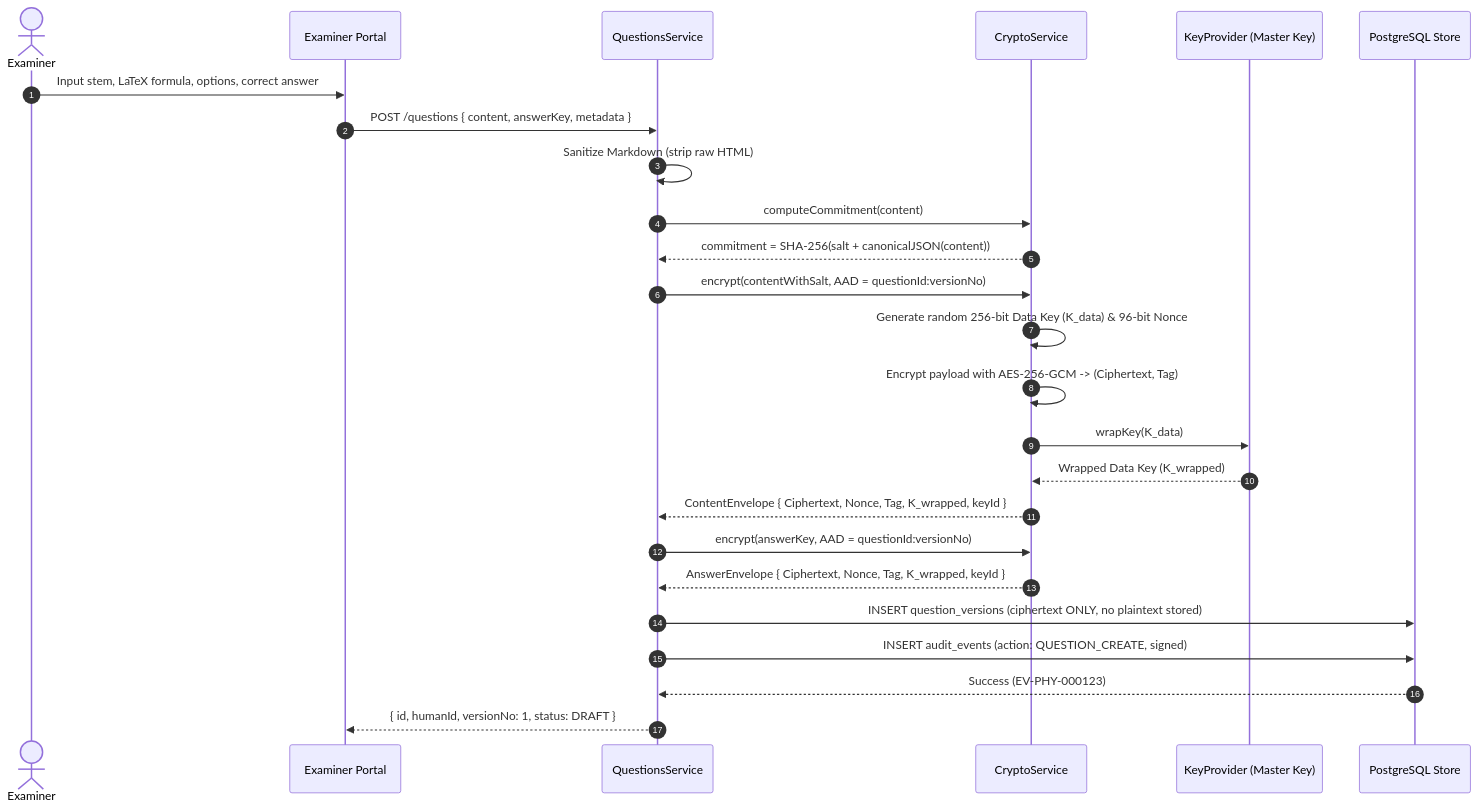
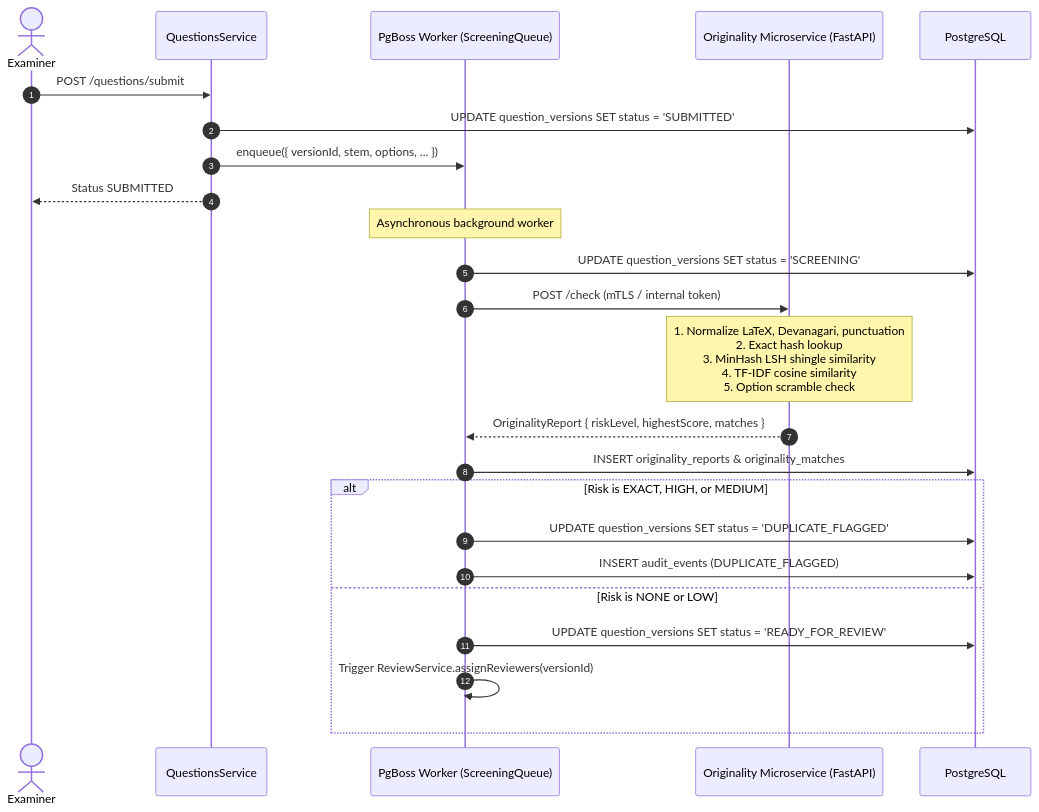
Before and after one commit to Kartiksharma88/ExamVault: the third of 4 diagrams in ARCHITECTURE.md, drawn with Mermaid. The commit also changed other lines of this file and 85 other files, not shown here.

Commit message:
feat: implement Step 2 review, originality check, and approval workflow

````diff
--- a/ARCHITECTURE.md
+++ b/ARCHITECTURE.md
@@ -57,28 +132,28 @@
 ```mermaid
 sequenceDiagram
     autonumber
     actor Examiner
-    participant Web as Examiner Portal
     participant API as QuestionsService
-    participant Crypto as CryptoService
-    participant KeyProv as KeyProvider (Master Key)
-    participant DB as PostgreSQL Store
+    participant Queue as PgBoss Worker (ScreeningQueue)
+    participant Orig as Originality Microservice (FastAPI)
+    participant DB as PostgreSQL
 
-    Examiner->>Web: Input stem, LaTeX formula, options, correct answer
-    Web->>API: POST /questions { content, answerKey, metadata }
-    API->>API: Sanitize Markdown (strip raw HTML)
-    API->>Crypto: computeCommitment(content)
-    Crypto-->>API: commitment = SHA-256(salt + canonicalJSON(content))
-    API->>Crypto: encrypt(contentWithSalt, AAD = questionId:versionNo)
-    Crypto->>Crypto: Generate random 256-bit Data Key (K_data) & 96-bit Nonce
-    Crypto->>Crypto: Encrypt payload with AES-256-GCM -> (Ciphertext, Tag)
-    Crypto->>KeyProv: wrapKey(K_data)
-    KeyProv-->>Crypto: Wrapped Data Key (K_wrapped)
-    Crypto-->>API: ContentEnvelope { Ciphertext, Nonce, Tag, K_wrapped, keyId }
-    API->>Crypto: encrypt(answerKey, AAD = questionId:versionNo)
-    Crypto-->>API: AnswerEnvelope { Ciphertext, Nonce, Tag, K_wrapped, keyId }
-    API->>DB: INSERT question_versions (ciphertext ONLY, no plaintext stored)
-    API->>DB: INSERT audit_events (action: QUESTION_CREATE, signed)
-    DB-->>API: Success (EV-PHY-000123)
-    API-->>Web: { id, humanId, versionNo: 1, status: DRAFT }
+    Examiner->>API: POST /questions/submit
+    API->>DB: UPDATE question_versions SET status = 'SUBMITTED'
+    API->>Queue: enqueue({ versionId, stem, options, ... })
+    API-->>Examiner: Status SUBMITTED
+
+    Note over Queue: Asynchronous background worker
+    Queue->>DB: UPDATE question_versions SET status = 'SCREENING'
+    Queue->>Orig: POST /check (mTLS / internal token)
+    Note over Orig: 1. Normalize LaTeX, Devanagari, punctuation<br/>2. Exact hash lookup<br/>3. MinHash LSH shingle similarity<br/>4. TF-IDF cosine similarity<br/>5. Option scramble check
+    Orig-->>Queue: OriginalityReport { riskLevel, highestScore, matches }
+    Queue->>DB: INSERT originality_reports & originality_matches
+    alt Risk is EXACT, HIGH, or MEDIUM
+        Queue->>DB: UPDATE question_versions SET status = 'DUPLICATE_FLAGGED'
+        Queue->>DB: INSERT audit_events (DUPLICATE_FLAGGED)
+    else Risk is NONE or LOW
+        Queue->>DB: UPDATE question_versions SET status = 'READY_FOR_REVIEW'
+        Queue->>Queue: Trigger ReviewService.assignReviewers(versionId)
+    end
 ```
````
